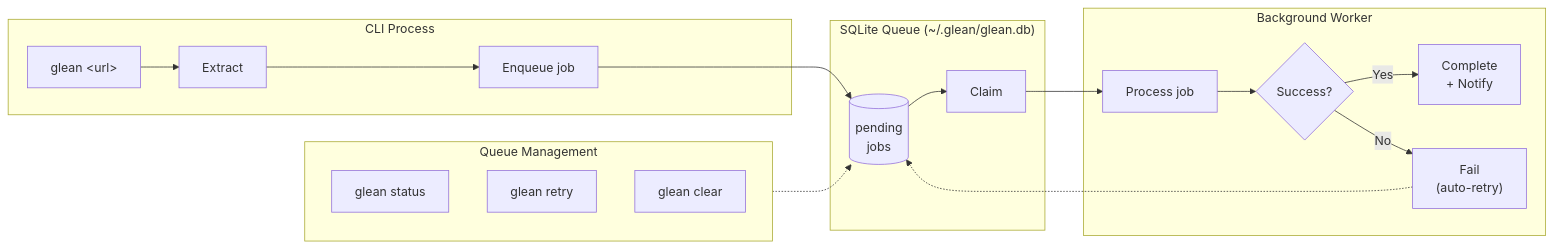
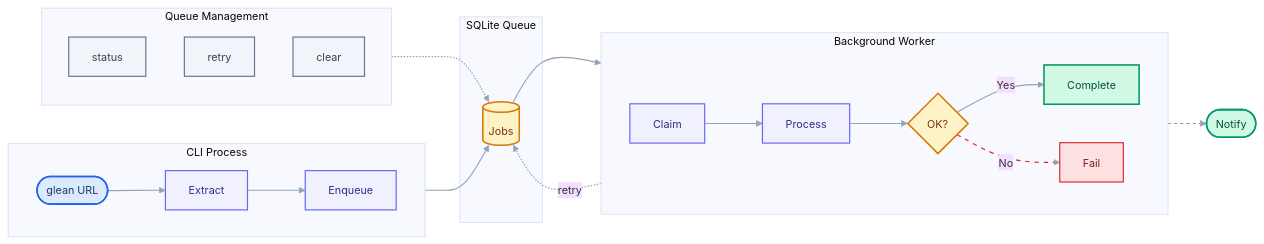
The third of 3 diagrams in README.md (kiyanwang/glean), drawn with Mermaid before and after one commit. The commit also changed other lines of this file, not shown here.

First line of the commit message:
docs: improve Mermaid diagram aesthetics

````diff
--- a/README.md
+++ b/README.md
@@ -59,28 +84,56 @@
 ```mermaid
+%%{init: {'theme': 'base', 'themeVariables': { 'fontSize': '14px', 'fontFamily': 'system-ui, -apple-system, sans-serif' }}}%%
 flowchart LR
-    subgraph CLI ["CLI Process"]
-        G["glean &lt;url&gt;"] --> EX["Extract"]
-        EX --> EQ["Enqueue job"]
+    subgraph CLI ["&nbsp;CLI Process&nbsp;"]
+        direction LR
+        G([glean URL]) --> EX[Extract]
+        EX --> EQ[Enqueue]
     end
 
-    subgraph Queue ["SQLite Queue (~/.glean/glean.db)"]
-        EQ --> Q[("pending\njobs")]
-        Q --> CL["Claim"]
+    EQ --> Q
+
+    subgraph DB ["&nbsp;SQLite Queue&nbsp;"]
+        Q[("Jobs")]
     end
 
-    subgraph BG ["Background Worker"]
-        CL --> PR["Process job"]
-        PR --> OK{"Success?"}
-        OK -- "Yes" --> CO["Complete\n+ Notify"]
-        OK -- "No" --> FL["Fail\n(auto-retry)"]
-        FL -.-> Q
+    Q --> CL
+
+    subgraph BG ["&nbsp;Background Worker&nbsp;"]
+        direction LR
+        CL[Claim] --> PR[Process]
+        PR --> OK{OK?}
+        OK -- Yes --> CO[Complete]
+        OK -- No --> FL[Fail]
     end
 
-    subgraph Mgmt ["Queue Management"]
-        ST["glean status"]
-        RT["glean retry"]
-        CLR["glean clear"]
+    CO --> Notify([Notify])
+    FL -.->|retry| Q
+
+    subgraph Mgmt ["&nbsp;Queue Management&nbsp;"]
+        ST["status"]
+        RT["retry"]
+        CLR["clear"]
     end
 
     Mgmt -.-> Q
+
+    classDef input fill:#dbeafe,stroke:#2563eb,color:#1e3a5f,stroke-width:2px
+    classDef process fill:#f0f0ff,stroke:#6366f1,color:#312e81,stroke-width:1.5px
+    classDef db fill:#fef3c7,stroke:#d97706,color:#78350f,stroke-width:2px
+    classDef decision fill:#fef3c7,stroke:#d97706,color:#78350f,stroke-width:2px
+    classDef success fill:#d1fae5,stroke:#059669,color:#064e3b,stroke-width:2px
+    classDef fail fill:#fee2e2,stroke:#dc2626,color:#7f1d1d,stroke-width:1.5px
+    classDef mgmt fill:#f1f5f9,stroke:#64748b,color:#334155,stroke-width:1.5px
+
+    class G input
+    class EX,EQ,CL,PR process
+    class Q db
+    class OK decision
+    class CO,Notify success
+    class FL fail
+    class ST,RT,CLR mgmt
+
+    linkStyle default stroke:#94a3b8,stroke-width:1.5px
+    linkStyle 7 stroke:#dc2626,stroke-width:1.5px,stroke-dasharray:6
+    linkStyle 8 stroke:#64748b,stroke-width:1px,stroke-dasharray:4
 ```
````
